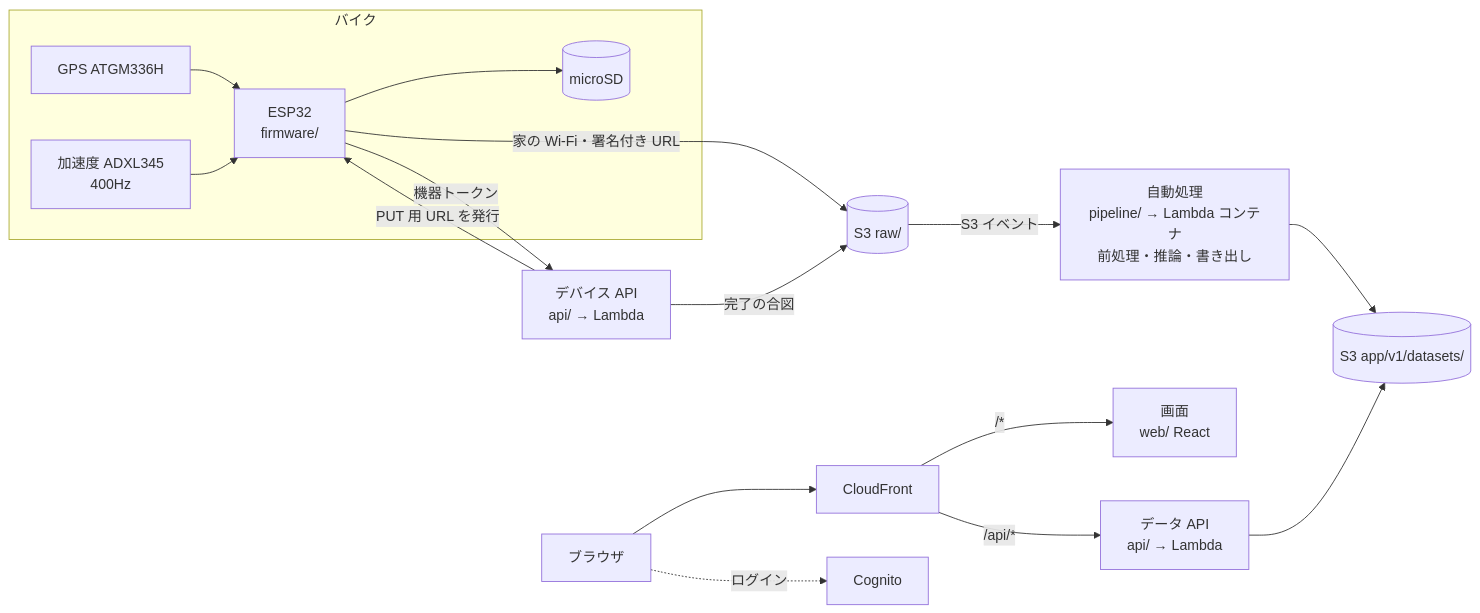
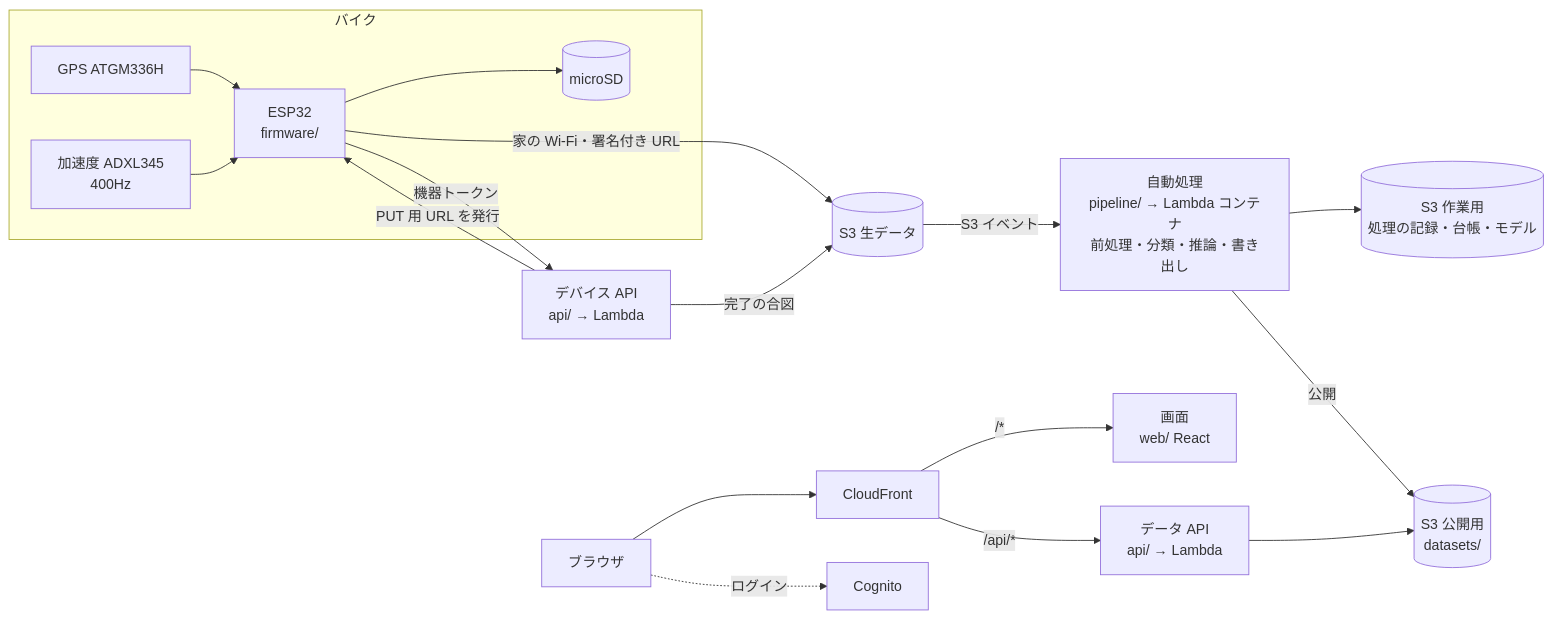
Before and after one commit to abeouga/drive-logger: the diagram in README.md, drawn with Mermaid. The commit also changed 23 other files, not shown here.

First line of the commit message:
infra：走行データのバケットを役割ごとに分ける（生データ・作業用・公開用）

````diff
--- a/README.md
+++ b/README.md
@@ -9,22 +9,23 @@
 ```mermaid
 flowchart LR
     subgraph bike[バイク]
         GPS[GPS ATGM336H] --> ESP[ESP32<br/>firmware/]
         ACC[加速度 ADXL345<br/>400Hz] --> ESP
         ESP --> SD[(microSD)]
     end
 
-    ESP -->|家の Wi-Fi・署名付き URL| RAW[(S3 raw/)]
+    ESP -->|家の Wi-Fi・署名付き URL| RAW[(S3 生データ)]
     ESP -->|機器トークン| DEV[デバイス API<br/>api/ → Lambda]
     DEV -->|PUT 用 URL を発行| ESP
     DEV -->|完了の合図| RAW
 
-    RAW -->|S3 イベント| PIPE[自動処理<br/>pipeline/ → Lambda コンテナ<br/>前処理・推論・書き出し]
-    PIPE --> APPDATA[(S3 app/v1/datasets/)]
+    RAW -->|S3 イベント| PIPE[自動処理<br/>pipeline/ → Lambda コンテナ<br/>前処理・分類・推論・書き出し]
+    PIPE --> WORK[(S3 作業用<br/>処理の記録・台帳・モデル)]
+    PIPE -->|公開| APPDATA[(S3 公開用<br/>datasets/)]
 
     USER[ブラウザ] --> CF[CloudFront]
     CF -->|/*| WEB[画面<br/>web/ React]
     CF -->|/api/*| API[データ API<br/>api/ → Lambda]
     API --> APPDATA
     USER -.ログイン.-> COG[Cognito]
 ```
````
